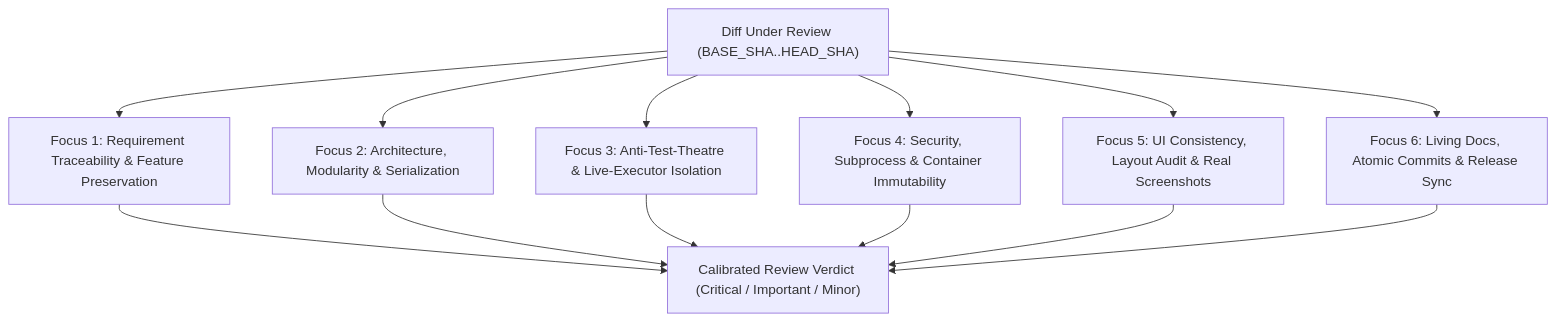
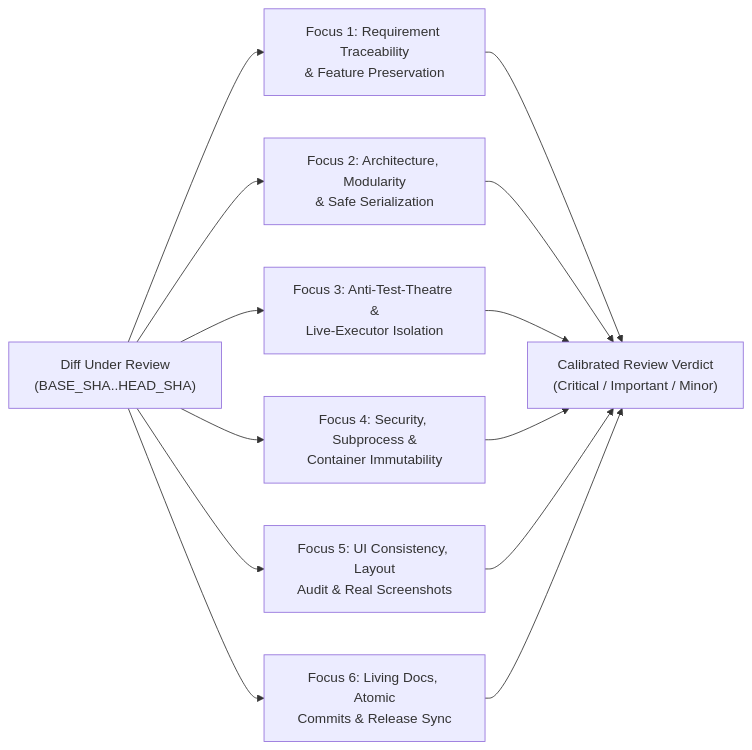
Before and after one commit to spelech/AgenticEngineeringToolbelt: the diagram in docs/standards/code-review-and-guardrails.md, drawn with Mermaid. The commit also changed 30 other files, not shown here.

Commit message:
fix(docs): resolve Mermaid foreignObject text clipping, optimize diagram aspect ratios, and add pan-zoom controller

````diff
--- a/docs/standards/code-review-and-guardrails.md
+++ b/docs/standards/code-review-and-guardrails.md
@@ -11,10 +11,10 @@
 ```mermaid
-flowchart TD
-    Diff["Diff Under Review (BASE_SHA..HEAD_SHA)"] --> F1["Focus 1: Requirement Traceability & Feature Preservation"]
-    Diff --> F2["Focus 2: Architecture, Modularity & Serialization"]
-    Diff --> F3["Focus 3: Anti-Test-Theatre & Live-Executor Isolation"]
-    Diff --> F4["Focus 4: Security, Subprocess & Container Immutability"]
-    Diff --> F5["Focus 5: UI Consistency, Layout Audit & Real Screenshots"]
-    Diff --> F6["Focus 6: Living Docs, Atomic Commits & Release Sync"]
-    F1 & F2 & F3 & F4 & F5 & F6 --> Verdict["Calibrated Review Verdict (Critical / Important / Minor)"]
+flowchart LR
+    Diff["Diff Under Review<br>(BASE_SHA..HEAD_SHA)"] --> F1["Focus 1: Requirement Traceability<br>& Feature Preservation"]
+    Diff --> F2["Focus 2: Architecture, Modularity<br>& Safe Serialization"]
+    Diff --> F3["Focus 3: Anti-Test-Theatre &<br>Live-Executor Isolation"]
+    Diff --> F4["Focus 4: Security, Subprocess &<br>Container Immutability"]
+    Diff --> F5["Focus 5: UI Consistency, Layout<br>Audit & Real Screenshots"]
+    Diff --> F6["Focus 6: Living Docs, Atomic<br>Commits & Release Sync"]
+    F1 & F2 & F3 & F4 & F5 & F6 --> Verdict["Calibrated Review Verdict<br>(Critical / Important / Minor)"]
 ```
````
